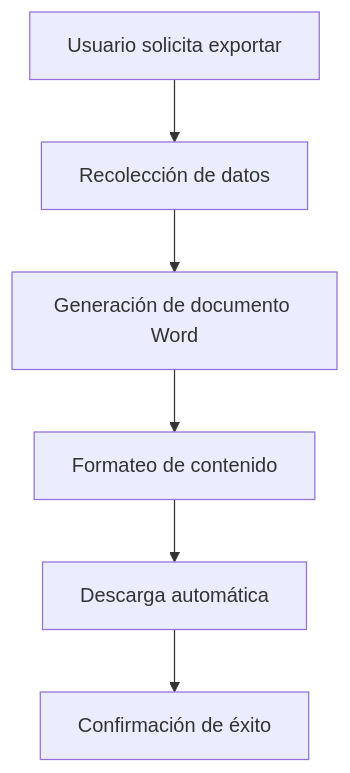
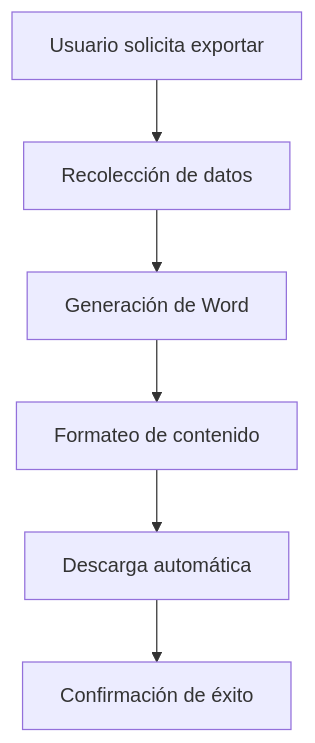
Before and after one commit to Curriaga2002/tutor-agente-ia: the fifth of 6 diagrams in README.md, drawn with Mermaid.

````diff
--- a/README.md
+++ b/README.md
@@ -154,8 +154,8 @@
 ```mermaid
 flowchart TD
     A[Usuario solicita exportar] --> B[Recolección de datos]
-    B --> C[Generación de documento Word]
+    B --> C[Generación de Word]
     C --> D[Formateo de contenido]
     D --> E[Descarga automática]
     E --> F[Confirmación de éxito]
 ```
````
